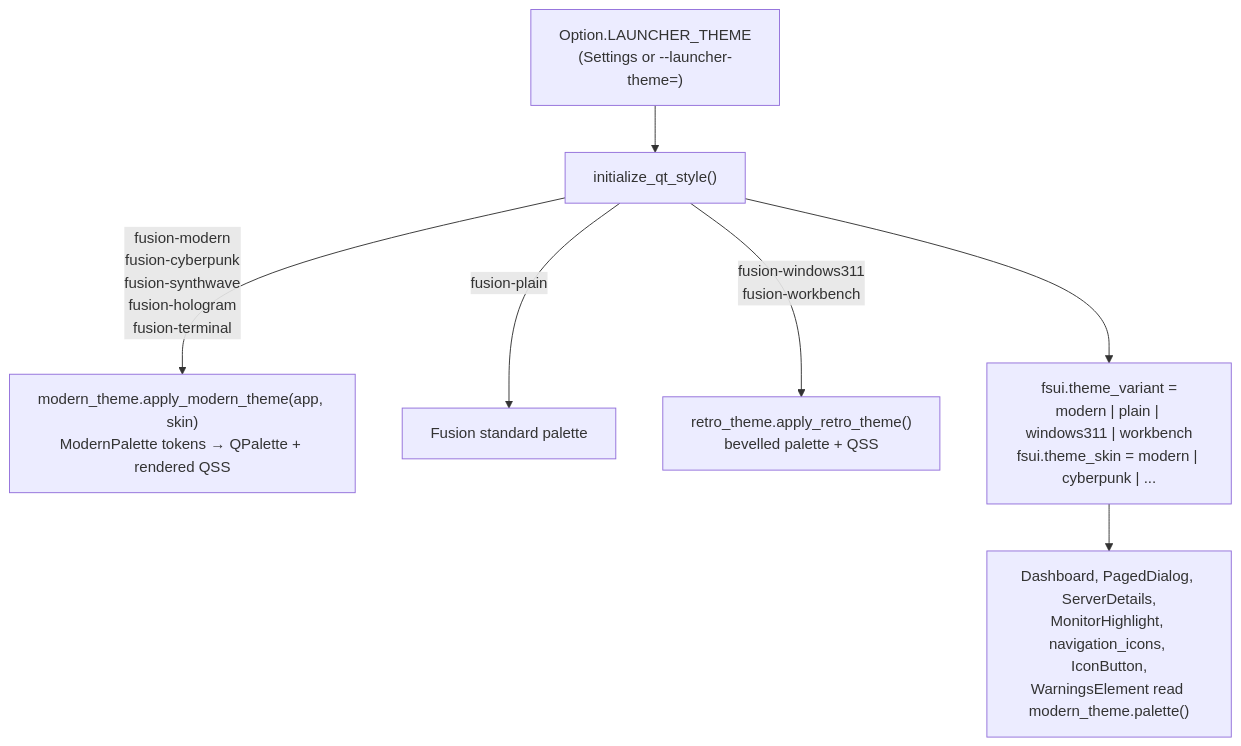
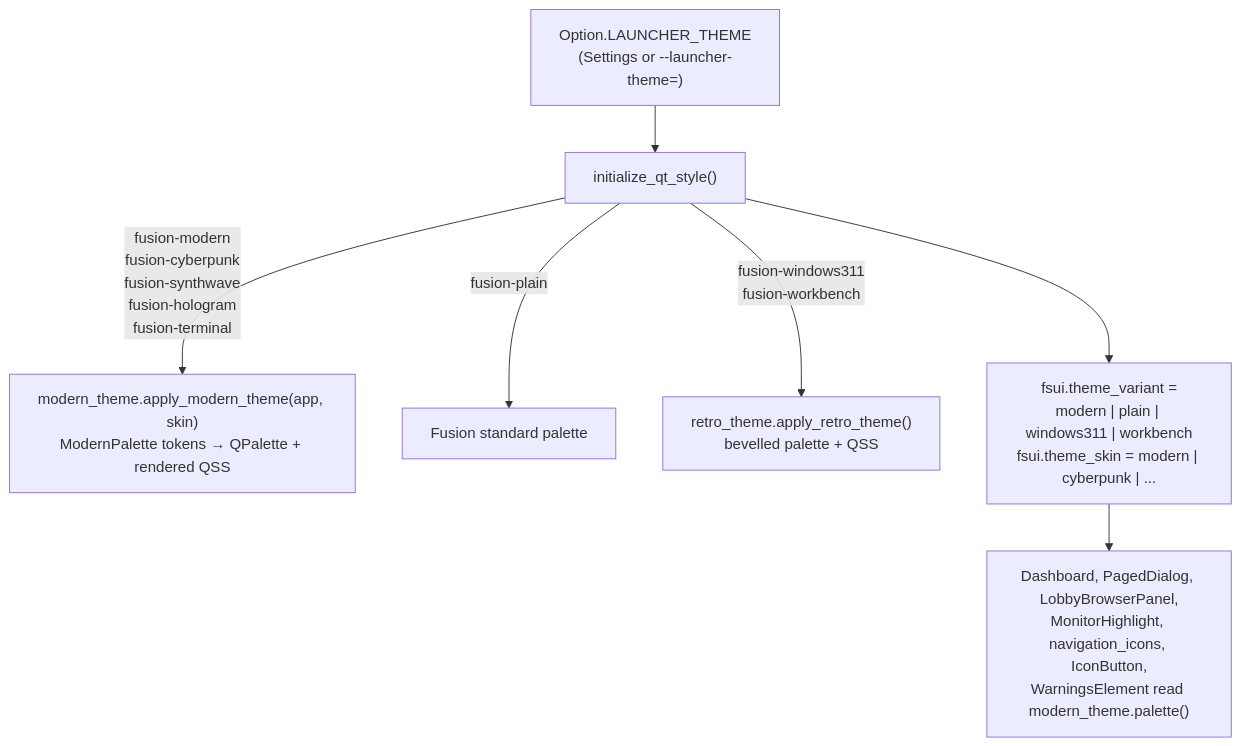
One commit to pdabel/fs-uae-launcher changed the fourth of 5 diagrams in docs/architecture.md. Above: the diagram before and after it, drawn with Mermaid. The commit also changed other lines of this file and 68 other files, not shown here.

````diff
--- a/docs/architecture.md
+++ b/docs/architecture.md
@@ -176,9 +174,9 @@
 ```mermaid
 flowchart TD
     OPT["Option.LAUNCHER_THEME<br/>(Settings or --launcher-theme=)"] --> INIT["initialize_qt_style()"]
     INIT -->|"fusion-modern<br/>fusion-cyberpunk<br/>fusion-synthwave<br/>fusion-hologram<br/>fusion-terminal"| MOD["modern_theme.apply_modern_theme(app, skin)<br/>ModernPalette tokens → QPalette + rendered QSS"]
     INIT -->|"fusion-plain"| PLAIN["Fusion standard palette"]
     INIT -->|"fusion-windows311<br/>fusion-workbench"| RETRO["retro_theme.apply_retro_theme()<br/>bevelled palette + QSS"]
     INIT --> VAR["fsui.theme_variant =<br/>modern | plain | windows311 | workbench<br/>fsui.theme_skin = modern | cyberpunk | ..."]
-    VAR --> UI["Dashboard, PagedDialog, ServerDetails,<br/>MonitorHighlight, navigation_icons, IconButton,<br/>WarningsElement read modern_theme.palette()"]
+    VAR --> UI["Dashboard, PagedDialog, LobbyBrowserPanel,<br/>MonitorHighlight, navigation_icons, IconButton,<br/>WarningsElement read modern_theme.palette()"]
 ```
````
